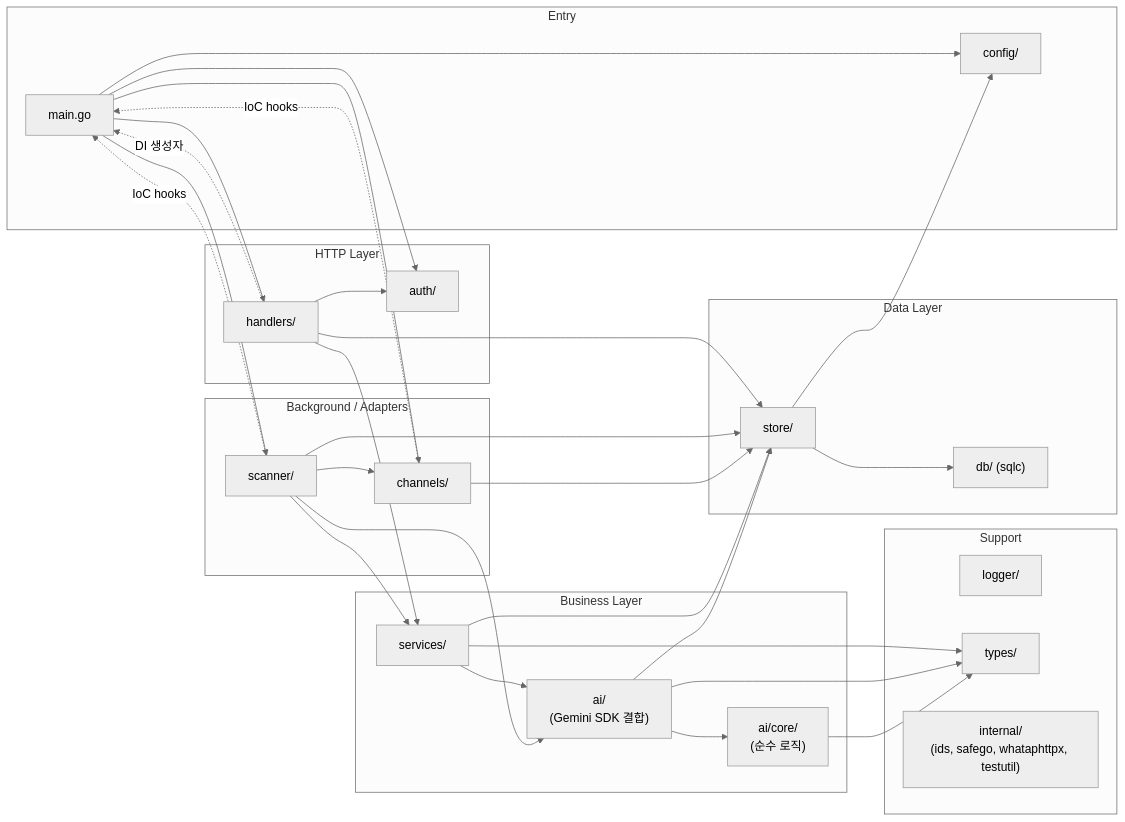
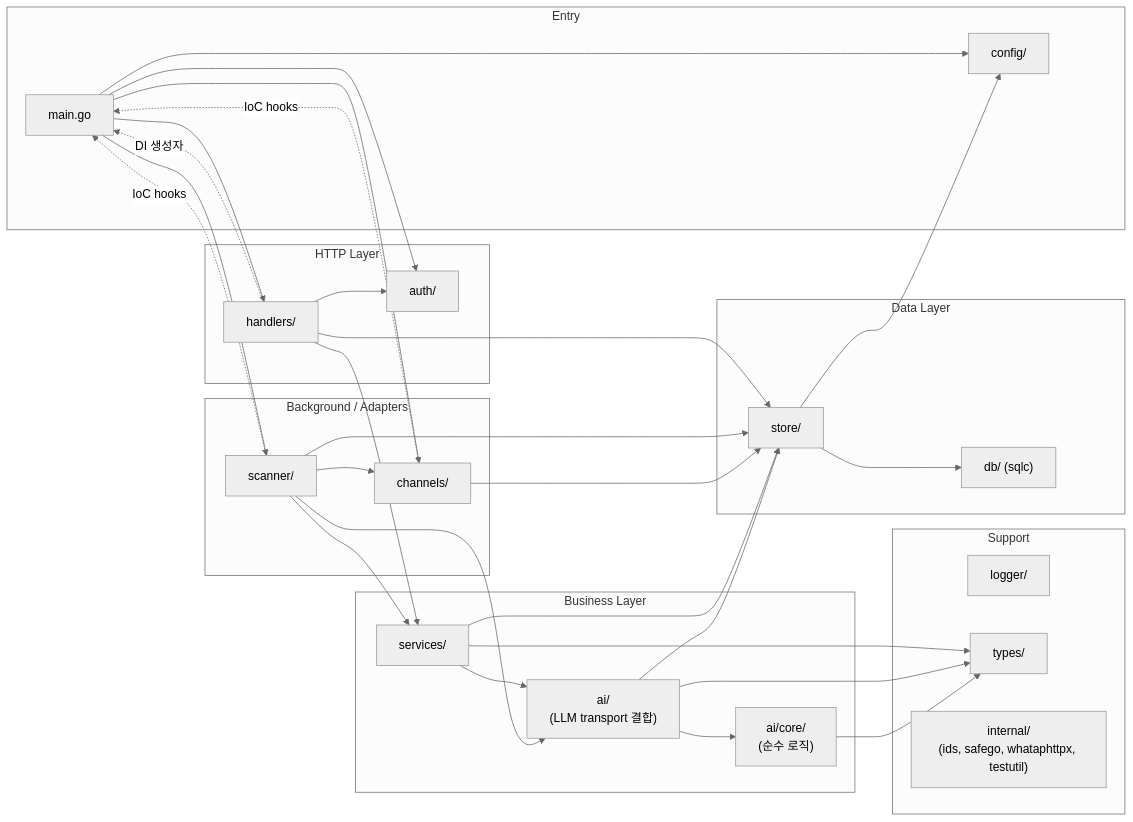
The first of 5 diagrams in docs/comprehensive/03-backend-architecture.md (JaejinSong/message-consolidator), drawn with Mermaid (neutral theme) before and after one commit. The commit also changed other lines of this file and 21 other files, not shown here.

````diff
--- a/docs/comprehensive/03-backend-architecture.md
+++ b/docs/comprehensive/03-backend-architecture.md
@@ -24,67 +24,67 @@
 ```mermaid
 graph LR
     subgraph Entry
         main["main.go"]
         config["config/"]
     end
 
     subgraph HTTP["HTTP Layer"]
         handlers["handlers/"]
         auth["auth/"]
     end
 
     subgraph Business["Business Layer"]
         services["services/"]
-        ai["ai/\n(Gemini SDK 결합)"]
+        ai["ai/\n(LLM transport 결합)"]
         aicore["ai/core/\n(순수 로직)"]
     end
 
     subgraph Data["Data Layer"]
         store["store/"]
         db["db/ (sqlc)"]
     end
 
     subgraph Background["Background / Adapters"]
         scanner["scanner/"]
         channels["channels/"]
     end
 
     subgraph Support["Support"]
         logger["logger/"]
         types["types/"]
         internal["internal/\n(ids, safego, whataphttpx, testutil)"]
     end
 
     main --> config
     main --> handlers
     main --> scanner
     main --> channels
     main --> auth
 
     handlers --> services
     handlers --> auth
     handlers --> store
 
     services --> store
     services --> ai
     services --> types
 
     scanner --> services
     scanner --> channels
     scanner --> store
     scanner --> ai
 
     store --> db
     store --> config
 
     ai --> aicore
     ai --> store
     ai --> types
     aicore --> types
 
     channels --> store
 
     handlers -.->|"DI 생성자"| main
     scanner -.->|"IoC hooks"| main
     channels -.->|"IoC hooks"| main
 ```
````
